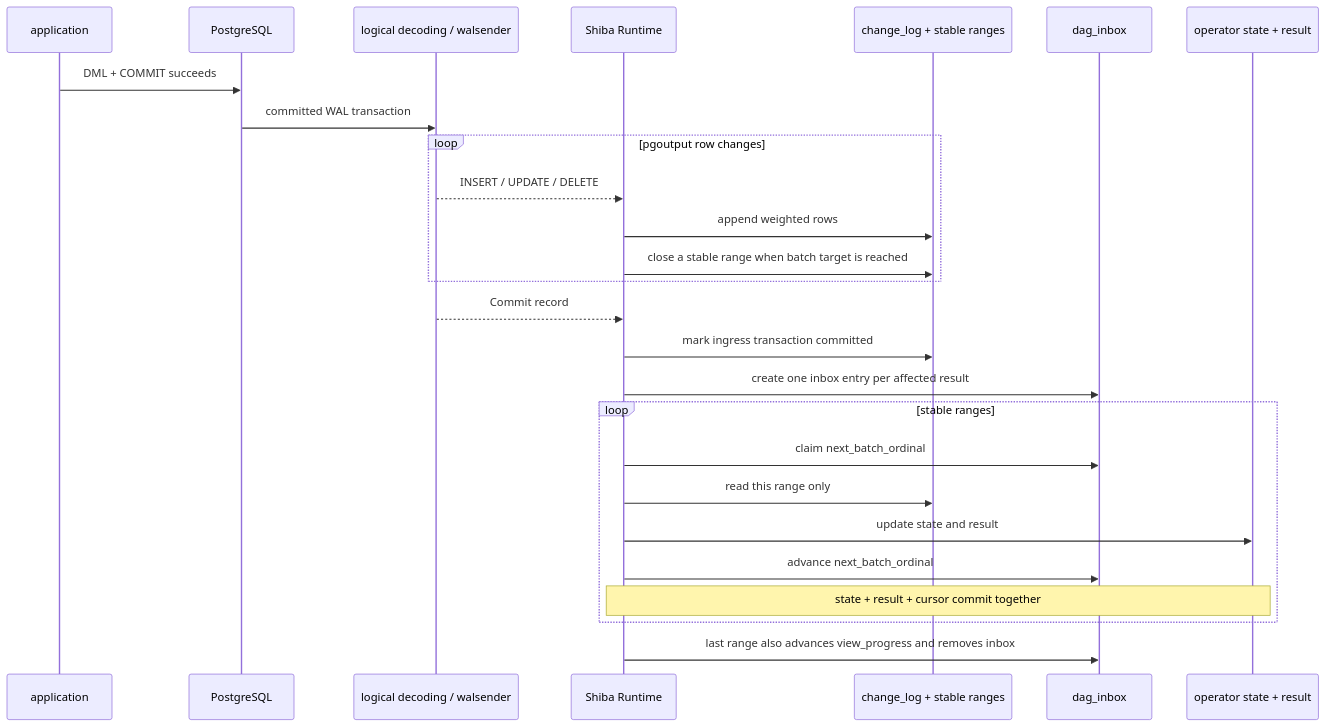
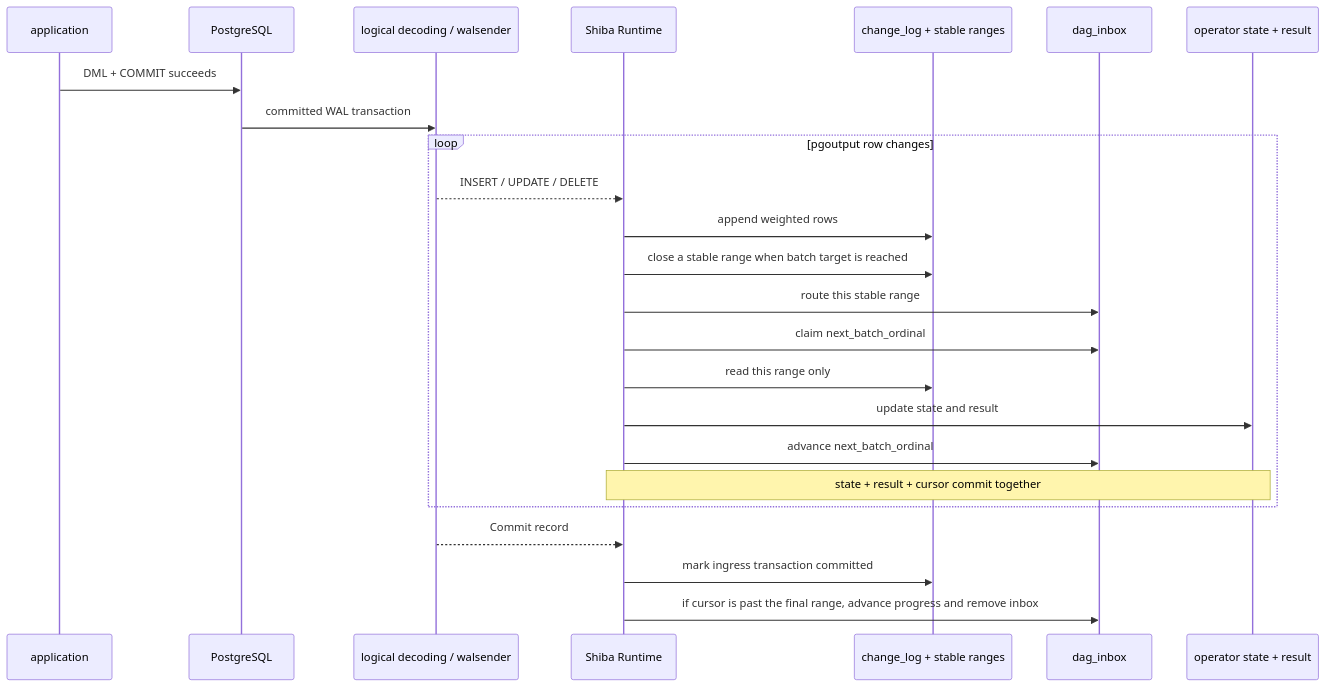
The second of 2 diagrams in docs/ARCHITECTURE.md (frelion/shiba), drawn with Mermaid before and after one commit. The commit also changed other lines of this file and 13 other files, not shown here.

Commit message:
refactor: dispatch ingress batches before commit

````diff
--- a/docs/ARCHITECTURE.md
+++ b/docs/ARCHITECTURE.md
@@ -43,29 +45,27 @@
 ```mermaid
 sequenceDiagram
     participant App as application
     participant PG as PostgreSQL
     participant WAL as logical decoding / walsender
     participant RT as Shiba Runtime
     participant Input as change_log + stable ranges
     participant Q as dag_inbox
     participant Out as operator state + result
 
     App->>PG: DML + COMMIT succeeds
     PG->>WAL: committed WAL transaction
     loop pgoutput row changes
         WAL-->>RT: INSERT / UPDATE / DELETE
         RT->>Input: append weighted rows
         RT->>Input: close a stable range when batch target is reached
-    end
-    WAL-->>RT: Commit record
-    RT->>Input: mark ingress transaction committed
-    RT->>Q: create one inbox entry per affected result
-    loop stable ranges
+        RT->>Q: route this stable range
         RT->>Q: claim next_batch_ordinal
         RT->>Input: read this range only
         RT->>Out: update state and result
         RT->>Q: advance next_batch_ordinal
         Note over RT,Out: state + result + cursor commit together
     end
-    RT->>Q: last range also advances view_progress and removes inbox
+    WAL-->>RT: Commit record
+    RT->>Input: mark ingress transaction committed
+    RT->>Q: if cursor is past the final range, advance progress and remove inbox
 ```
````
